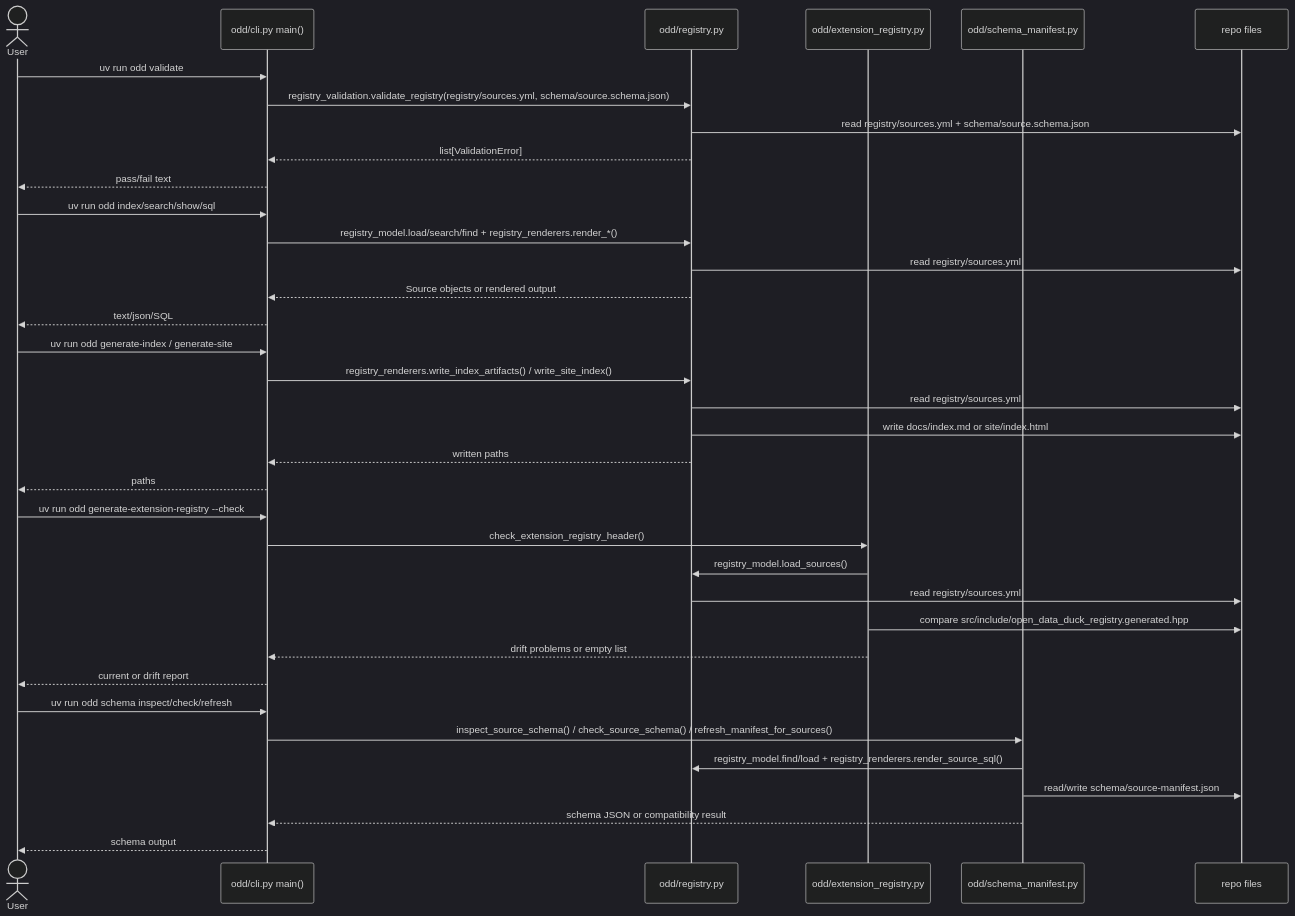
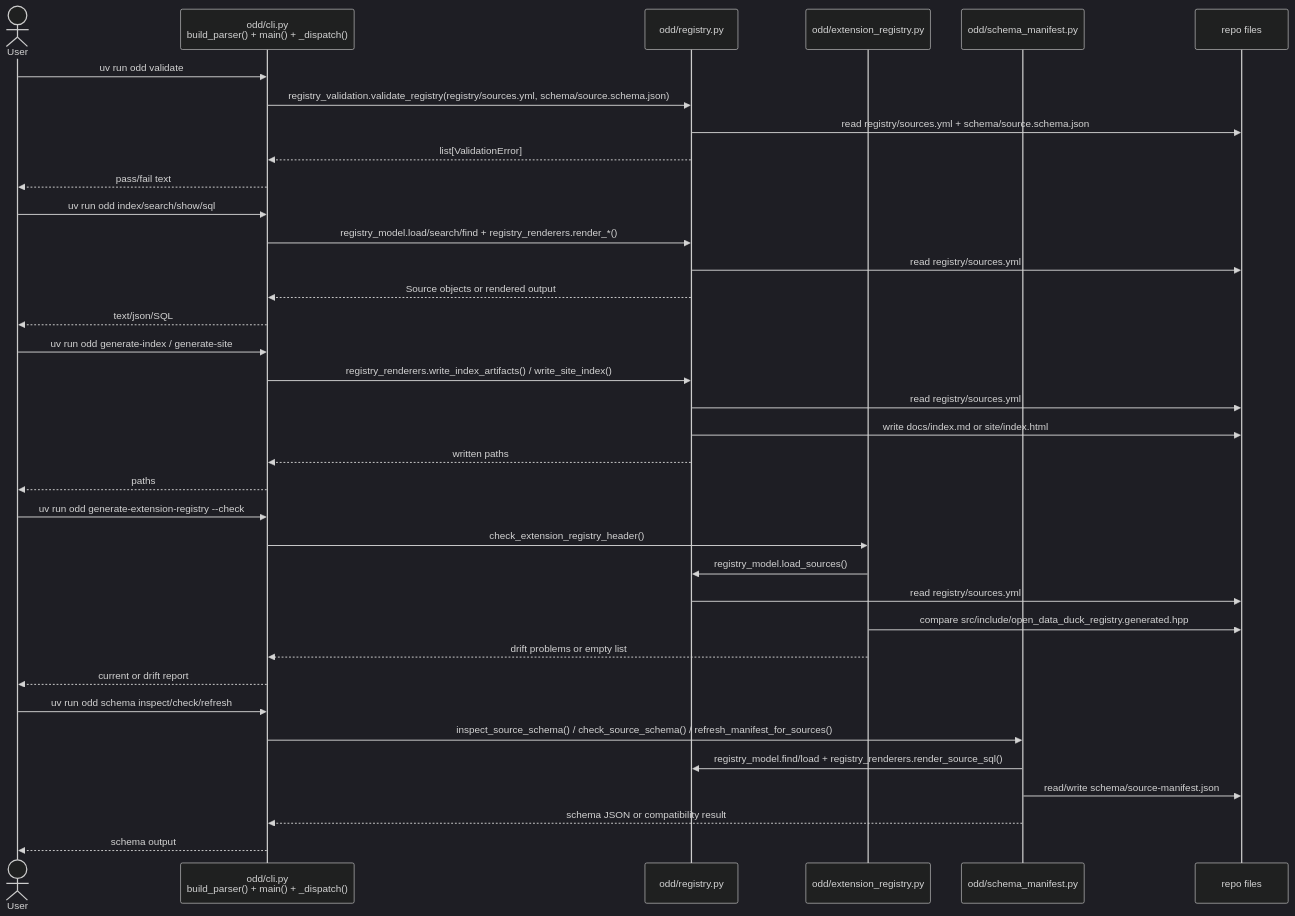
The diagram in docs/architecture/diagrams/cli-registry-sequence.mmd (nikmarch/open-data-duck), drawn with Mermaid (dark theme) before and after one commit. The commit also changed 4 other files, not shown here.

First line of the commit message:
Separate CLI parser construction (#132)

```diff
--- a/docs/architecture/diagrams/cli-registry-sequence.mmd
+++ b/docs/architecture/diagrams/cli-registry-sequence.mmd
@@ -1,41 +1,41 @@
 sequenceDiagram
   actor User
-  participant CLI as odd/cli.py main()
+  participant CLI as odd/cli.py<br/>build_parser() + main() + _dispatch()
   participant Registry as odd/registry.py
   participant ExtReg as odd/extension_registry.py
   participant Schema as odd/schema_manifest.py
   participant FS as repo files
 
   User->>CLI: uv run odd validate
   CLI->>Registry: registry_validation.validate_registry(registry/sources.yml, schema/source.schema.json)
   Registry->>FS: read registry/sources.yml + schema/source.schema.json
   Registry-->>CLI: list[ValidationError]
   CLI-->>User: pass/fail text
 
   User->>CLI: uv run odd index/search/show/sql
   CLI->>Registry: registry_model.load/search/find + registry_renderers.render_*()
   Registry->>FS: read registry/sources.yml
   Registry-->>CLI: Source objects or rendered output
   CLI-->>User: text/json/SQL
 
   User->>CLI: uv run odd generate-index / generate-site
   CLI->>Registry: registry_renderers.write_index_artifacts() / write_site_index()
   Registry->>FS: read registry/sources.yml
   Registry->>FS: write docs/index.md or site/index.html
   Registry-->>CLI: written paths
   CLI-->>User: paths
 
   User->>CLI: uv run odd generate-extension-registry --check
   CLI->>ExtReg: check_extension_registry_header()
   ExtReg->>Registry: registry_model.load_sources()
   Registry->>FS: read registry/sources.yml
   ExtReg->>FS: compare src/include/open_data_duck_registry.generated.hpp
   ExtReg-->>CLI: drift problems or empty list
   CLI-->>User: current or drift report
 
   User->>CLI: uv run odd schema inspect/check/refresh
   CLI->>Schema: inspect_source_schema() / check_source_schema() / refresh_manifest_for_sources()
   Schema->>Registry: registry_model.find/load + registry_renderers.render_source_sql()
   Schema->>FS: read/write schema/source-manifest.json
   Schema-->>CLI: schema JSON or compatibility result
   CLI-->>User: schema output
```
